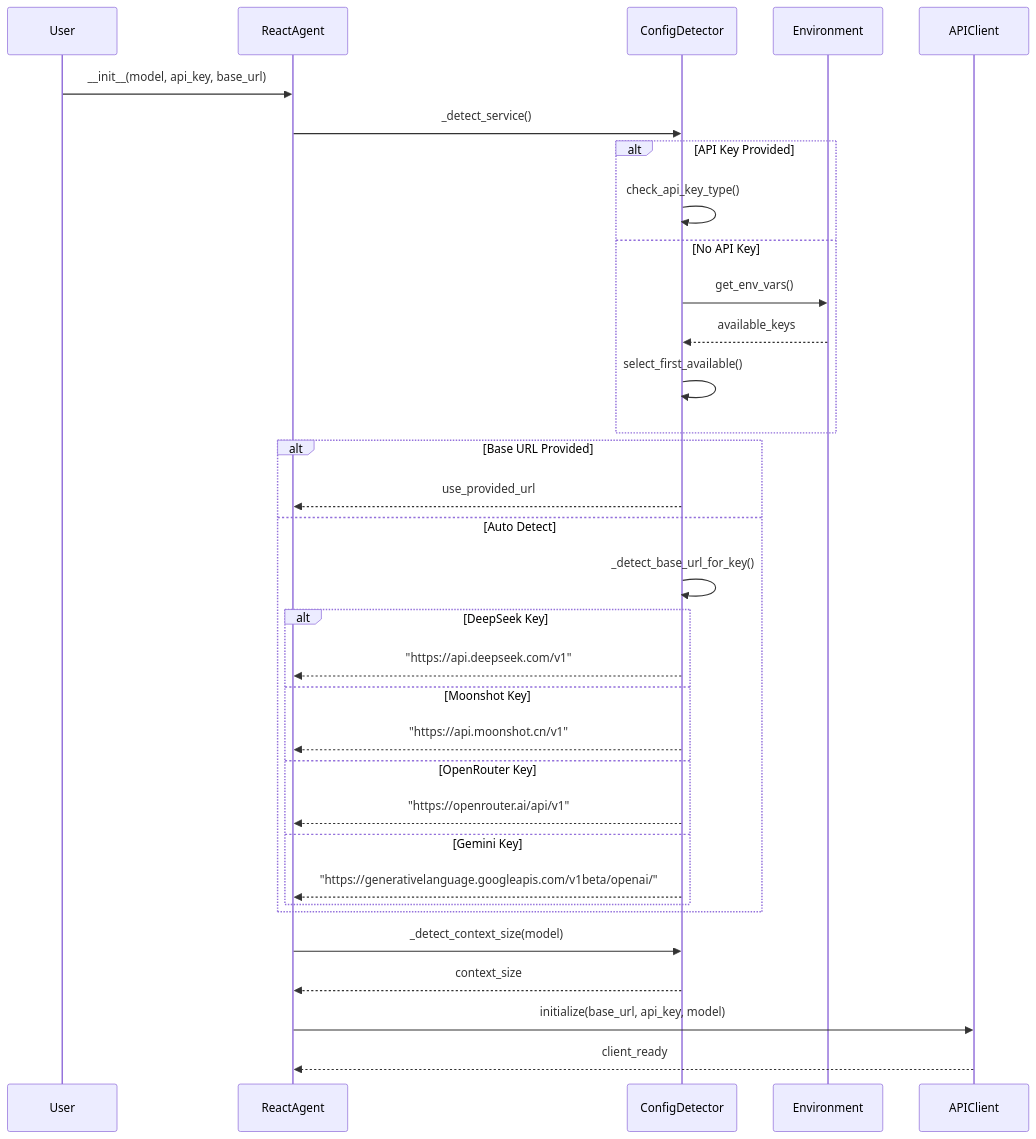
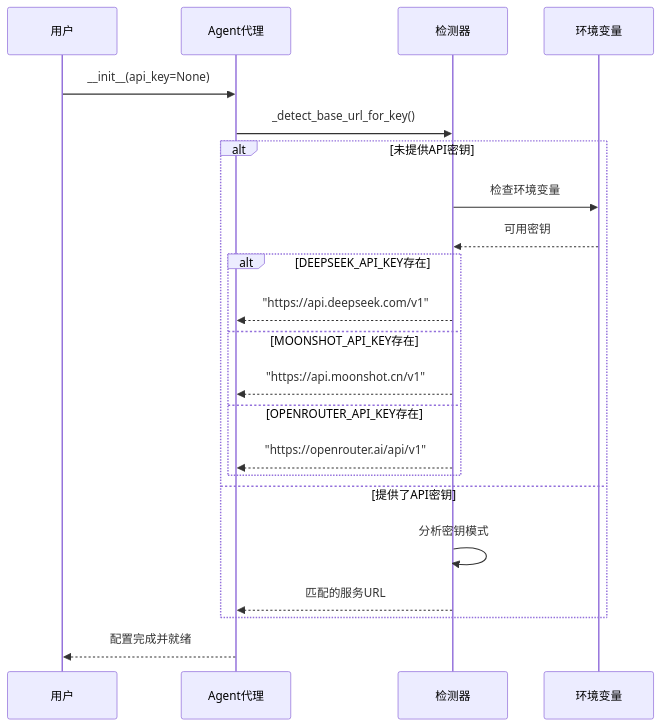
The fourth of 8 diagrams in pim-compiler/react_is_all_you_need/uml_model/interaction_diagram.md (guci314/mda), drawn with Mermaid before and after one commit. The commit also changed other lines of this file and 42 other files, not shown here.

````diff
--- a/pim-compiler/react_is_all_you_need/uml_model/interaction_diagram.md
+++ b/pim-compiler/react_is_all_you_need/uml_model/interaction_diagram.md
@@ -193,41 +106,29 @@
 ```mermaid
 sequenceDiagram
-    participant User
-    participant ReactAgent
-    participant ConfigDetector
-    participant Environment
-    participant APIClient
+    participant 用户
+    participant Agent代理
+    participant 检测器
+    participant 环境变量
 
-    User->>ReactAgent: __init__(model, api_key, base_url)
+    用户->>Agent代理: __init__(api_key=None)
     
-    ReactAgent->>ConfigDetector: _detect_service()
+    Agent代理->>检测器: _detect_base_url_for_key()
     
-    alt API Key Provided
-        ConfigDetector->>ConfigDetector: check_api_key_type()
-    else No API Key
-        ConfigDetector->>Environment: get_env_vars()
-        Environment-->>ConfigDetector: available_keys
-        ConfigDetector->>ConfigDetector: select_first_available()
+    alt 未提供API密钥
+        检测器->>环境变量: 检查环境变量
+        环境变量-->>检测器: 可用密钥
+        
+        alt DEEPSEEK_API_KEY存在
+            检测器-->>Agent代理: "https://api.deepseek.com/v1"
+        else MOONSHOT_API_KEY存在
+            检测器-->>Agent代理: "https://api.moonshot.cn/v1"
+        else OPENROUTER_API_KEY存在
+            检测器-->>Agent代理: "https://openrouter.ai/api/v1"
+        end
+    else 提供了API密钥
+        检测器->>检测器: 分析密钥模式
+        检测器-->>Agent代理: 匹配的服务URL
     end
     
-    alt Base URL Provided
-        ConfigDetector-->>ReactAgent: use_provided_url
-    else Auto Detect
-        ConfigDetector->>ConfigDetector: _detect_base_url_for_key()
-        alt DeepSeek Key
-            ConfigDetector-->>ReactAgent: "https://api.deepseek.com/v1"
-        else Moonshot Key
-            ConfigDetector-->>ReactAgent: "https://api.moonshot.cn/v1"
-        else OpenRouter Key
-            ConfigDetector-->>ReactAgent: "https://openrouter.ai/api/v1"
-        else Gemini Key
-            ConfigDetector-->>ReactAgent: "https://generativelanguage.googleapis.com/v1beta/openai/"
-        end
-    end
-    
-    ReactAgent->>ConfigDetector: _detect_context_size(model)
-    ConfigDetector-->>ReactAgent: context_size
-    
-    ReactAgent->>APIClient: initialize(base_url, api_key, model)
-    APIClient-->>ReactAgent: client_ready
+    Agent代理-->>用户: 配置完成并就绪
 ```
````
